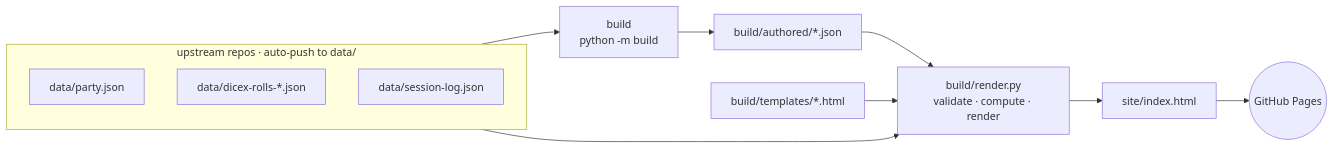
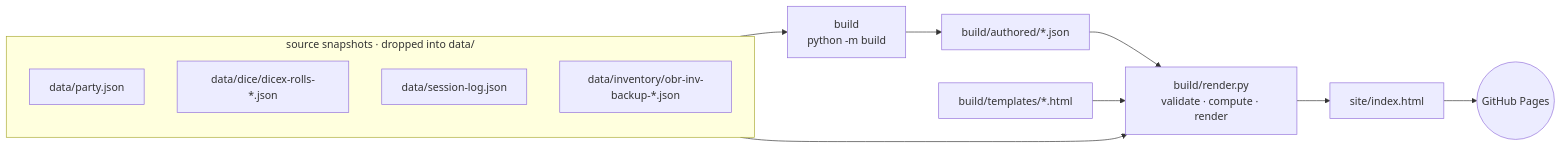
The first of 2 diagrams in README.md (abottchen/dnd-data), drawn with Mermaid before and after one commit. The commit also changed other lines of this file and 6 other files, not shown here.

First line of the commit message:
Reorganize data/ into dice/ and inventory/ subdirs

````diff
--- a/README.md
+++ b/README.md
@@ -15,16 +15,17 @@
 ```mermaid
 flowchart LR
-    subgraph up [upstream repos · auto-push to data/]
+    subgraph up [source snapshots · dropped into data/]
       direction TB
       P1[data/party.json]
-      P2[data/dicex-rolls-*.json]
+      P2[data/dice/dicex-rolls-*.json]
       P3[data/session-log.json]
+      P4[data/inventory/obr-inv-backup-*.json]
     end
     up --> O["build<br/>python -m build"]
     O --> A[build/authored/*.json]
     up --> R
     A --> R
     T[build/templates/*.html] --> R
     R["build/render.py<br/>validate · compute · render"] --> I[site/index.html]
     I --> GH((GitHub Pages))
 ```
````
